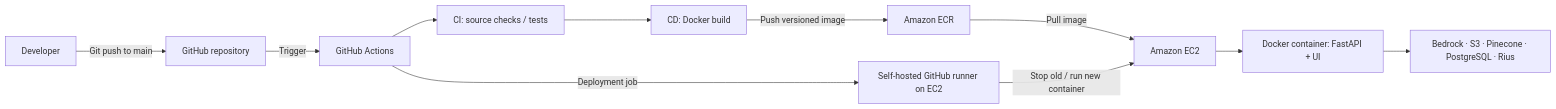
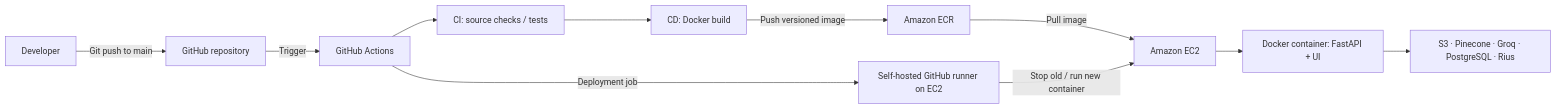
The second of 2 diagrams in README.md (Alancodess/ARIADNE-Enterprise-AI), drawn with Mermaid before and after one commit. The commit also changed other lines of this file, not shown here.

````diff
--- a/README.md
+++ b/README.md
@@ -87,13 +100,13 @@
 ```mermaid
 flowchart LR
     DEV[Developer] -->|Git push to main| GH[GitHub repository]
     GH -->|Trigger| GA[GitHub Actions]
     GA --> CI[CI: source checks / tests]
     CI --> BUILD[CD: Docker build]
     BUILD -->|Push versioned image| ECR[Amazon ECR]
     ECR -->|Pull image| EC2[Amazon EC2]
     GA -->|Deployment job| RUNNER[Self-hosted GitHub runner on EC2]
     RUNNER -->|Stop old / run new container| EC2
     EC2 --> DOCKER[Docker container: FastAPI + UI]
-    DOCKER --> SERVICES[Bedrock · S3 · Pinecone · PostgreSQL · Rius]
+    DOCKER --> SERVICES[S3 · Pinecone · Groq · PostgreSQL · Rius]
 ```
````
